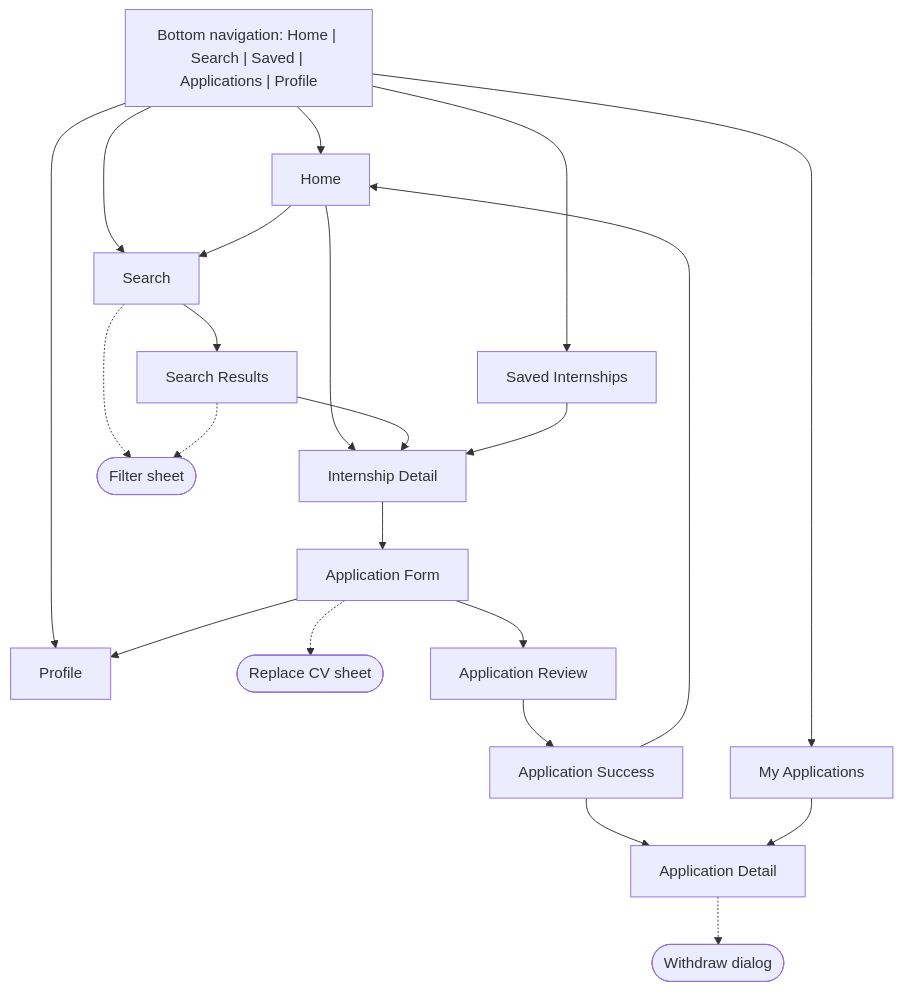
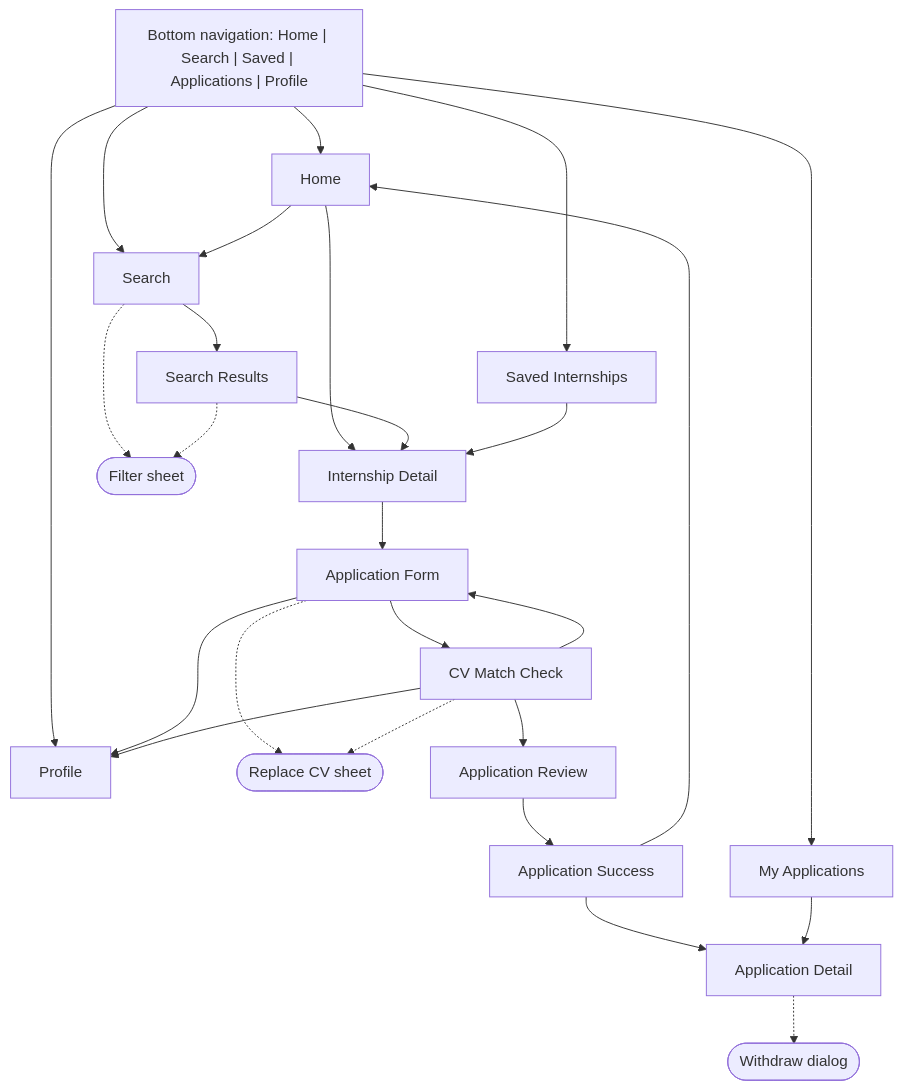
One commit to lamtailoi2/prm323_lab3 changed the first of 4 diagrams in docs/lab2-handoff/ux/user-flow.md. Above: the diagram before and after it, drawn with Mermaid. The commit also changed other lines of this file and 11 other files, not shown here.

First line of the commit message:
docs: restructure flows to Search -> Apply -> Track with CV match check

````diff
--- a/docs/lab2-handoff/ux/user-flow.md
+++ b/docs/lab2-handoff/ux/user-flow.md
@@ -35,27 +38,31 @@
 ```mermaid
 flowchart TD
     NAV["Bottom navigation: Home | Search | Saved | Applications | Profile"]
 
     NAV --> HOME["Home"]
     NAV --> SEARCH["Search"]
     NAV --> SAVED["Saved Internships"]
     NAV --> APPS["My Applications"]
     NAV --> PROFILE["Profile"]
 
     HOME --> SEARCH
     HOME --> DETAIL["Internship Detail"]
     SEARCH -.-> FILTER(["Filter sheet"])
     SEARCH --> RESULTS["Search Results"]
     RESULTS -.-> FILTER
     RESULTS --> DETAIL
     SAVED --> DETAIL
     DETAIL --> FORM["Application Form"]
     FORM -.-> CVSHEET(["Replace CV sheet"])
-    FORM --> REVIEW["Application Review"]
+    FORM --> MATCH["CV Match Check"]
+    MATCH -.-> CVSHEET
+    MATCH --> FORM
+    MATCH --> REVIEW["Application Review"]
     REVIEW --> SUCCESS["Application Success"]
     SUCCESS --> APPDETAIL["Application Detail"]
     SUCCESS --> HOME
     APPS --> APPDETAIL
     APPDETAIL -.-> WITHDRAW(["Withdraw dialog"])
     FORM --> PROFILE
+    MATCH --> PROFILE
 ```
````
